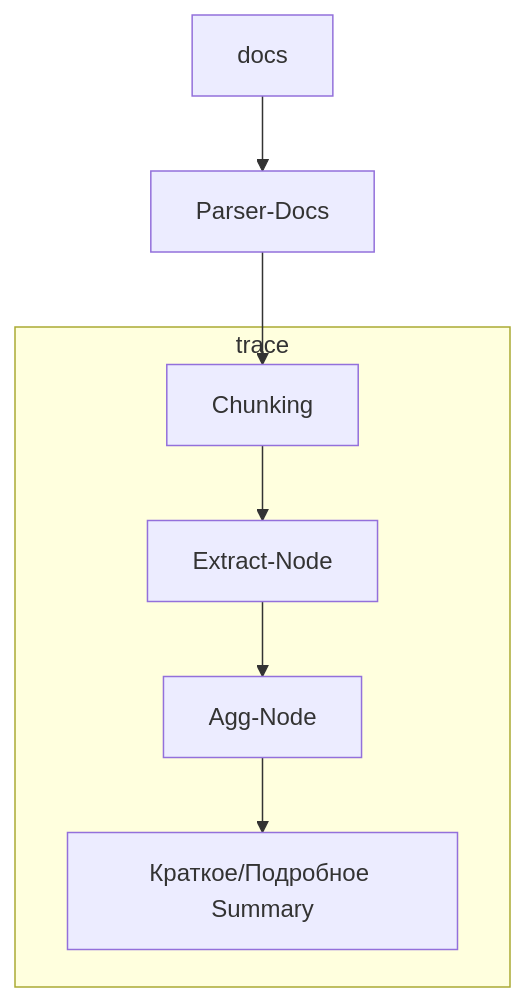
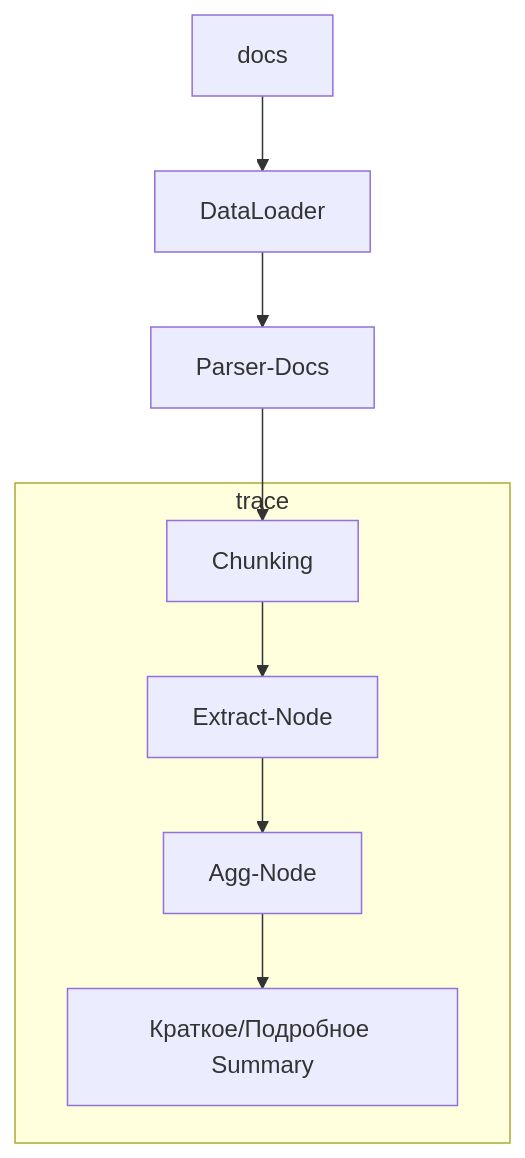
One commit to metriiics/SummaryAI-TT changed the diagram in architecture.md. Above: the diagram before and after it, drawn with Mermaid.

Commit message:
rework arch

````diff
--- a/architecture.md
+++ b/architecture.md
@@ -2,17 +2,18 @@
 ```mermaid
 graph TD
-    in[docs] --> pars[Parser-Docs]
+    in[docs] --> loader[DataLoader]
+    loader[DataLoader] --> pars[Parser-Docs]
 
     subgraph trace
         chunk[Chunking]
         extract[Extract-Node]
         AggAg[Agg-Node]
         out[Краткое/Подробное Summary]
 
         chunk --> extract
         extract --> AggAg
         AggAg --> out
     end
 
     pars --> chunk
 ```
````
